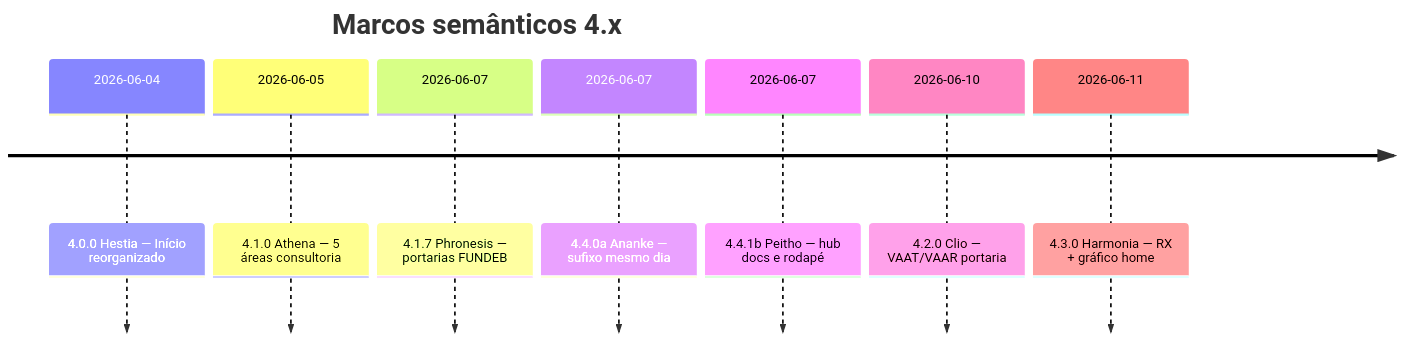
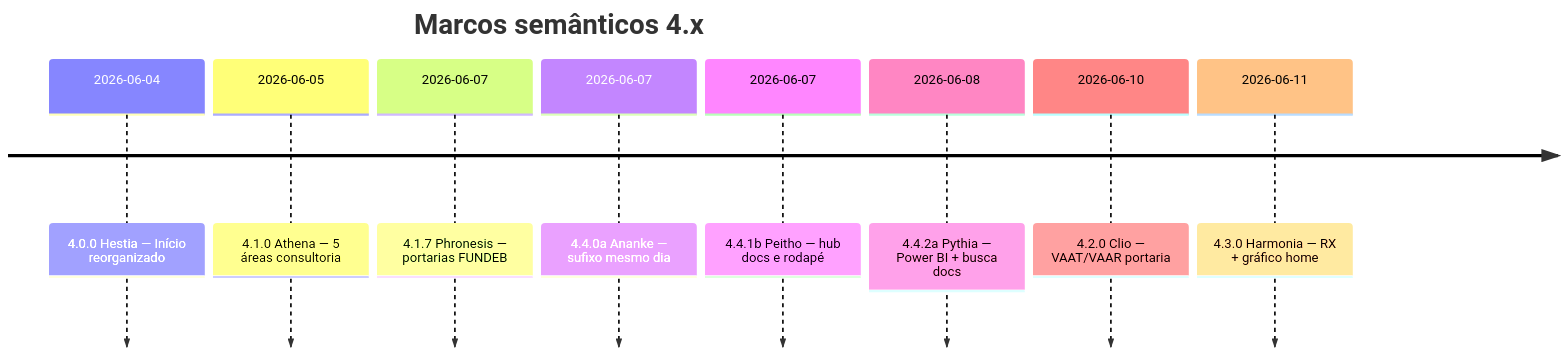
One commit to JaderGabriel/serventec-servlitcys changed the diagram in docs/HISTORICO_VERSOES.md. Above: the diagram before and after it, drawn with Mermaid. The commit also changed other lines of this file and 24 other files, not shown here.

````diff
--- a/docs/HISTORICO_VERSOES.md
+++ b/docs/HISTORICO_VERSOES.md
@@ -19,11 +19,12 @@
 ```mermaid
 timeline
     title Marcos semânticos 4.x
     2026-06-04 : 4.0.0 Hestia — Início reorganizado
     2026-06-05 : 4.1.0 Athena — 5 áreas consultoria
     2026-06-07 : 4.1.7 Phronesis — portarias FUNDEB
     2026-06-07 : 4.4.0a Ananke — sufixo mesmo dia
     2026-06-07 : 4.4.1b Peitho — hub docs e rodapé
+    2026-06-08 : 4.4.2a Pythia — Power BI + busca docs
     2026-06-10 : 4.2.0 Clio — VAAT/VAAR portaria
     2026-06-11 : 4.3.0 Harmonia — RX + gráfico home
 ```
````
